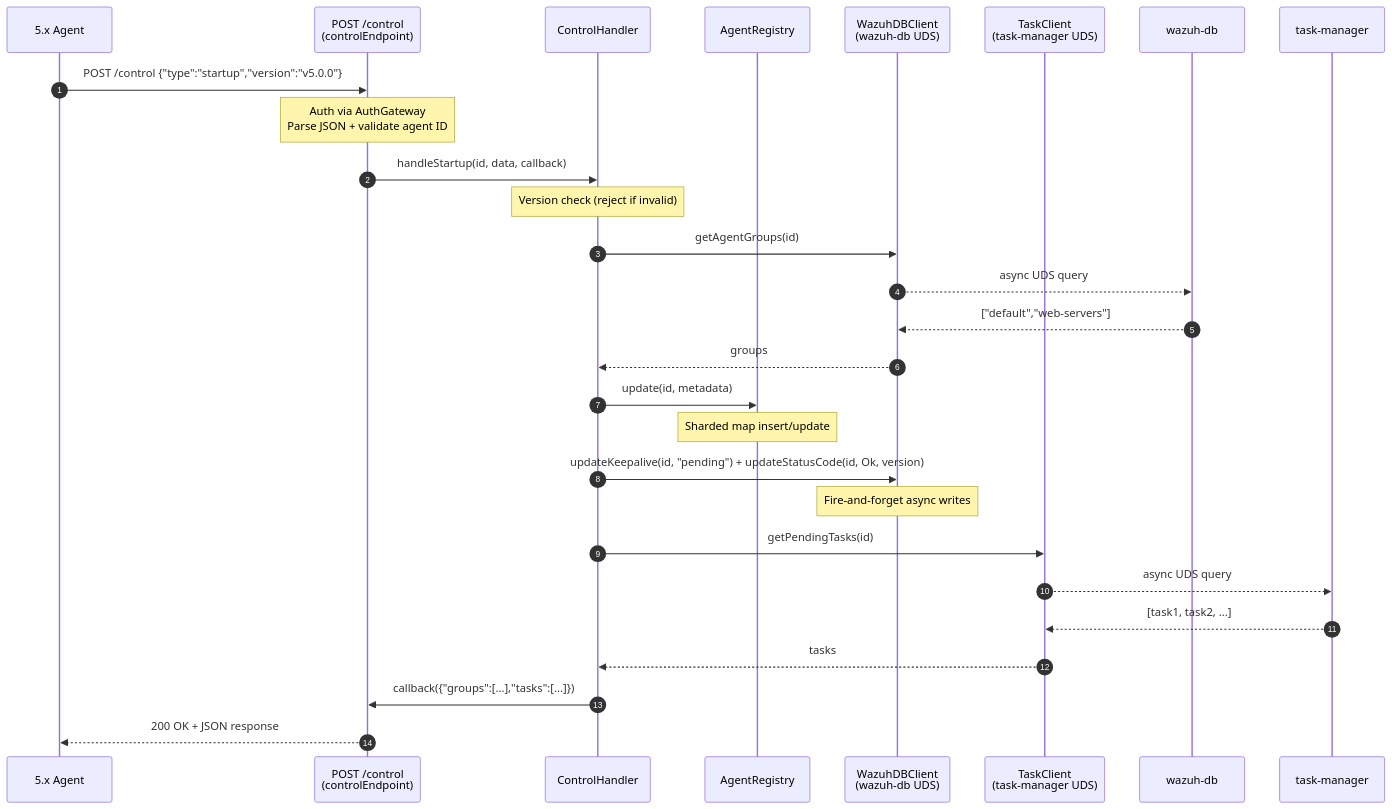
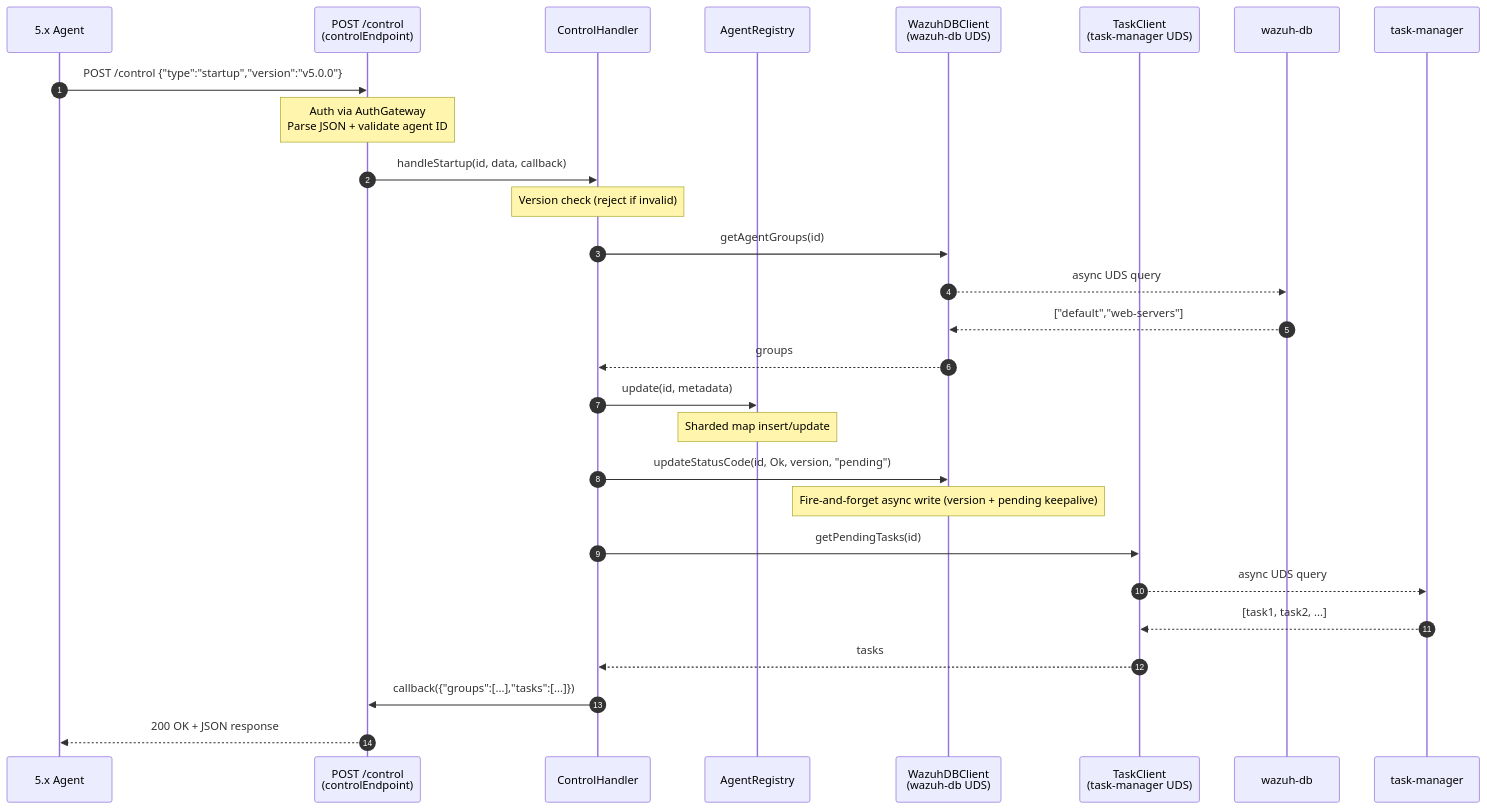
One commit to wazuh/wazuh changed the first of 4 diagrams in src/remoted/remoted_module/README.md. Above: the diagram before and after it, drawn with Mermaid. The commit also changed 13 other files, not shown here.

Commit message:
fix: merge the startup keepalive and version writes into a single update-status-code query

````diff
--- a/src/remoted/remoted_module/README.md
+++ b/src/remoted/remoted_module/README.md
@@ -294,31 +294,31 @@
 ```mermaid
 sequenceDiagram
     autonumber
     participant Ag as 5.x Agent
     participant EP as POST /control<br/>(controlEndpoint)
     participant CH as ControlHandler
     participant AR as AgentRegistry
     participant WDB as WazuhDBClient<br/>(wazuh-db UDS)
     participant TC as TaskClient<br/>(task-manager UDS)
     participant DB as wazuh-db
     participant TM as task-manager
 
     Ag->>EP: POST /control {"type":"startup","version":"v5.0.0"}
     Note over EP: Auth via AuthGateway<br/>Parse JSON + validate agent ID
     EP->>CH: handleStartup(id, data, callback)
     Note over CH: Version check (reject if invalid)
     CH->>WDB: getAgentGroups(id)
     WDB-->>DB: async UDS query
     DB-->>WDB: ["default","web-servers"]
     WDB-->>CH: groups
     CH->>AR: update(id, metadata)
     Note over AR: Sharded map insert/update
-    CH->>WDB: updateKeepalive(id, "pending") + updateStatusCode(id, Ok, version)
-    Note over WDB: Fire-and-forget async writes
+    CH->>WDB: updateStatusCode(id, Ok, version, "pending")
+    Note over WDB: Fire-and-forget async write (version + pending keepalive)
     CH->>TC: getPendingTasks(id)
     TC-->>TM: async UDS query
     TM-->>TC: [task1, task2, ...]
     TC-->>CH: tasks
     CH->>EP: callback({"groups":[...],"tasks":[...]})
     EP-->>Ag: 200 OK + JSON response
 ```
````
